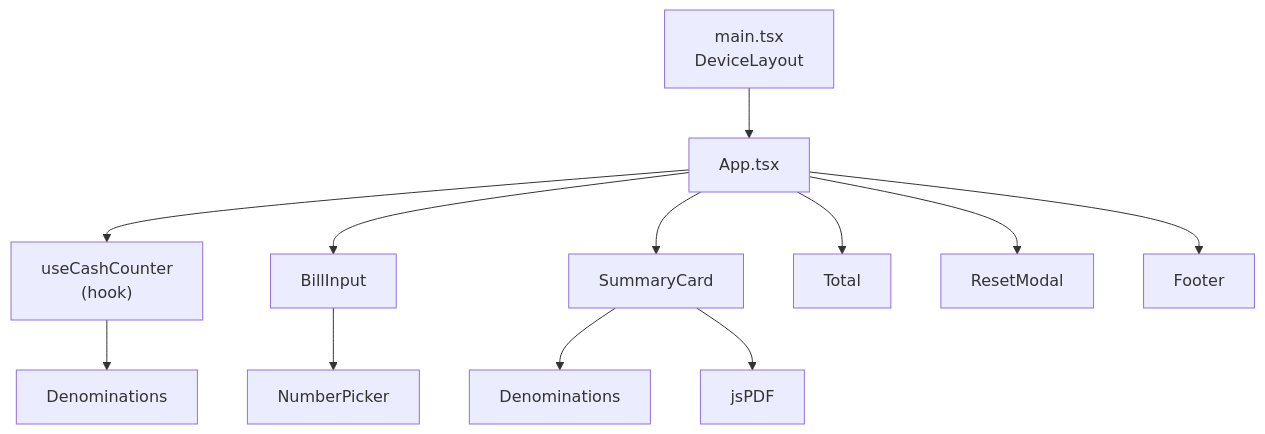
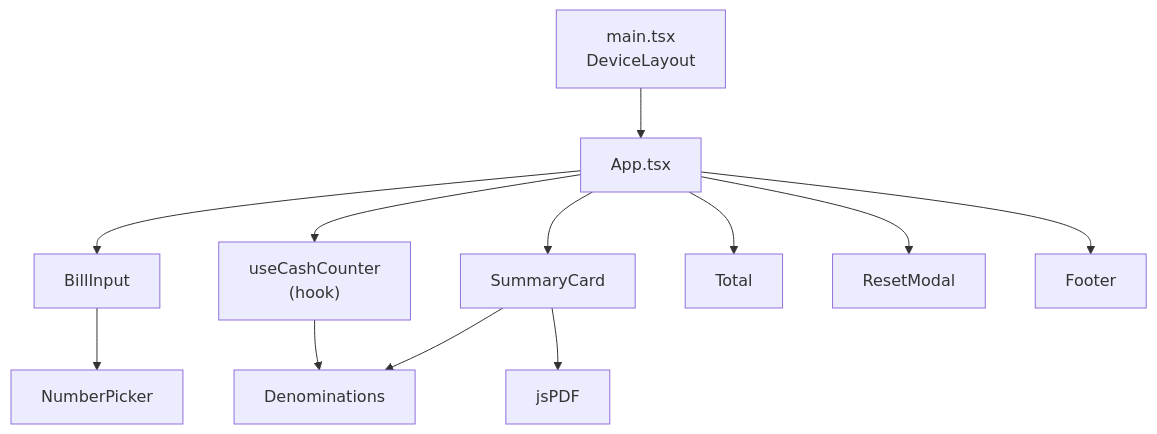
The diagram in README.md (ismaelmarot/cash-counter), drawn with Mermaid before and after one commit.

````diff
--- a/README.md
+++ b/README.md
@@ -157,22 +157,19 @@
 ```mermaid
-flowchart TD
+    flowchart TD
     A["main.tsx<br/>DeviceLayout"] --> B["App.tsx"]
-
-    B --> C["useCashCounter<br/>(hook)"]
-    C --> D["Denominations"]
 
     B --> E["BillInput"]
     E --> F["NumberPicker"]
 
+    B --> C["useCashCounter<br/>(hook)"]
     B --> G["SummaryCard"]
-    G --> H["Denominations"]
+
+    C --> D["Denominations"]
+    G --> D
+
     G --> I["jsPDF"]
 
     B --> J["Total"]
-
     B --> K["ResetModal"]
-
     B --> L["Footer"]
-
-
 ```
````
